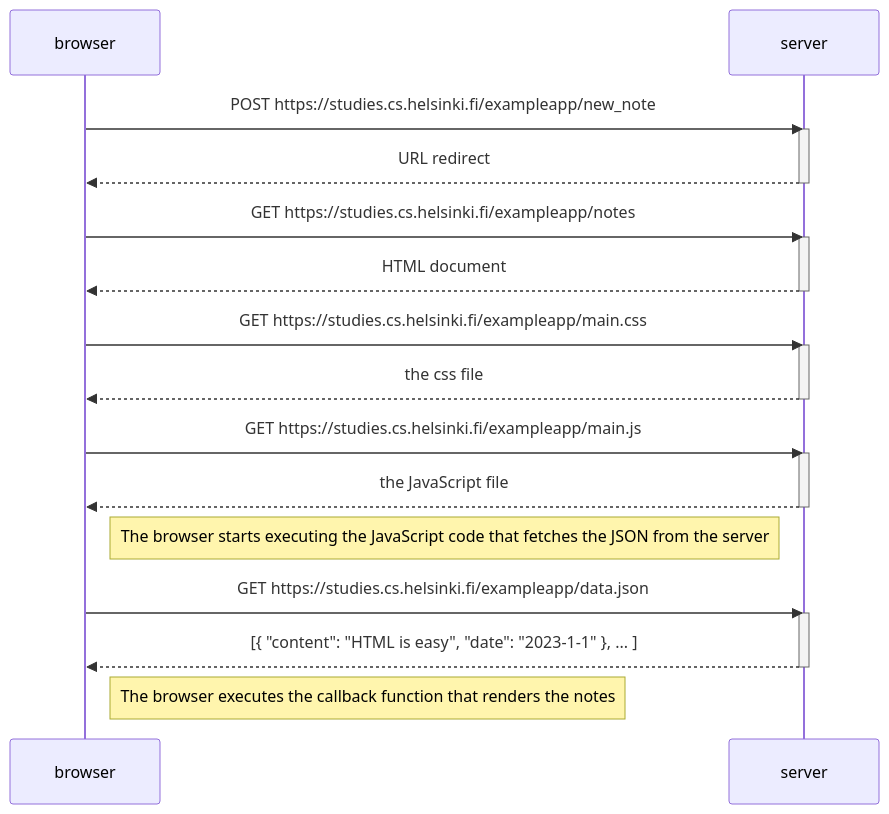
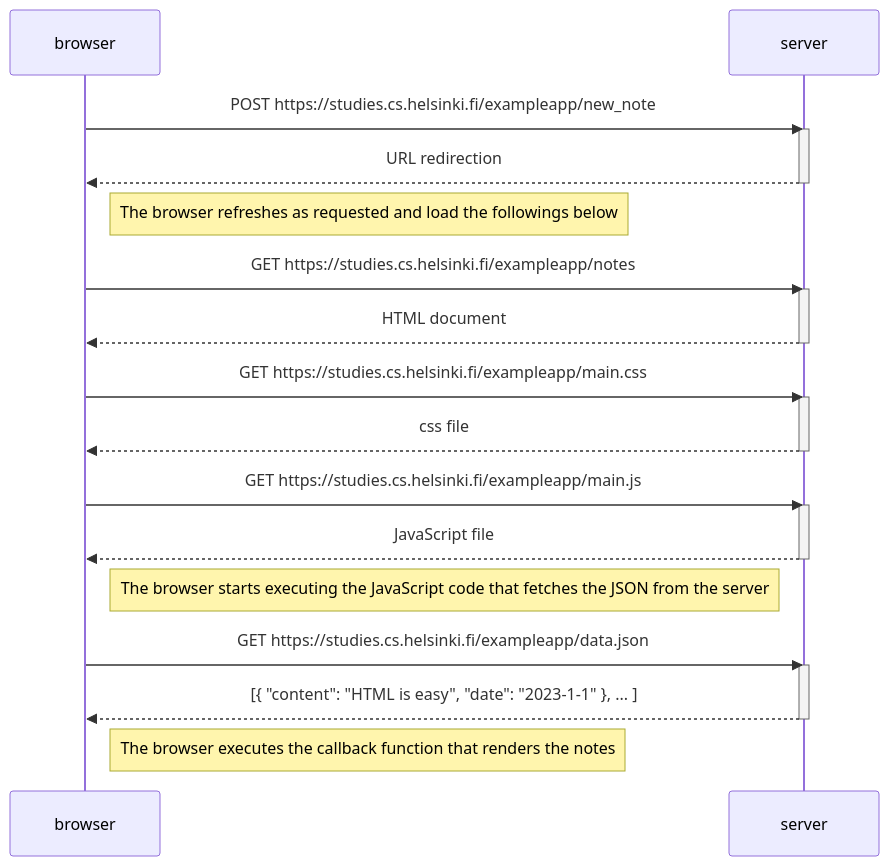
One commit to tyj916/fullstackopen changed the diagram in part0/exercise_0.4.md. Above: the diagram before and after it, drawn with Mermaid. The commit also changed 1 other file, not shown here.

Commit message:
Add comment

````diff
--- a/part0/exercise_0.4.md
+++ b/part0/exercise_0.4.md
@@ -3,34 +3,36 @@
 ```mermaid
 sequenceDiagram
   participant browser
   participant server
 
   browser->>server: POST https://studies.cs.helsinki.fi/exampleapp/new_note
   activate server
-  server-->>browser: URL redirect
+  server-->>browser: URL redirection
   deactivate server
+
+  Note right of browser: The browser refreshes as requested and load the followings below
 
   browser->>server: GET https://studies.cs.helsinki.fi/exampleapp/notes
   activate server
   server-->>browser: HTML document
   deactivate server
 
   browser->>server: GET https://studies.cs.helsinki.fi/exampleapp/main.css
   activate server
-  server-->>browser: the css file
+  server-->>browser: css file
   deactivate server
 
   browser->>server: GET https://studies.cs.helsinki.fi/exampleapp/main.js
   activate server
-  server-->>browser: the JavaScript file
+  server-->>browser: JavaScript file
   deactivate server
 
   Note right of browser: The browser starts executing the JavaScript code that fetches the JSON from the server
 
   browser->>server: GET https://studies.cs.helsinki.fi/exampleapp/data.json
   activate server
   server-->>browser: [{ "content": "HTML is easy", "date": "2023-1-1" }, ... ]
   deactivate server
 
   Note right of browser: The browser executes the callback function that renders the notes
 ```
````
